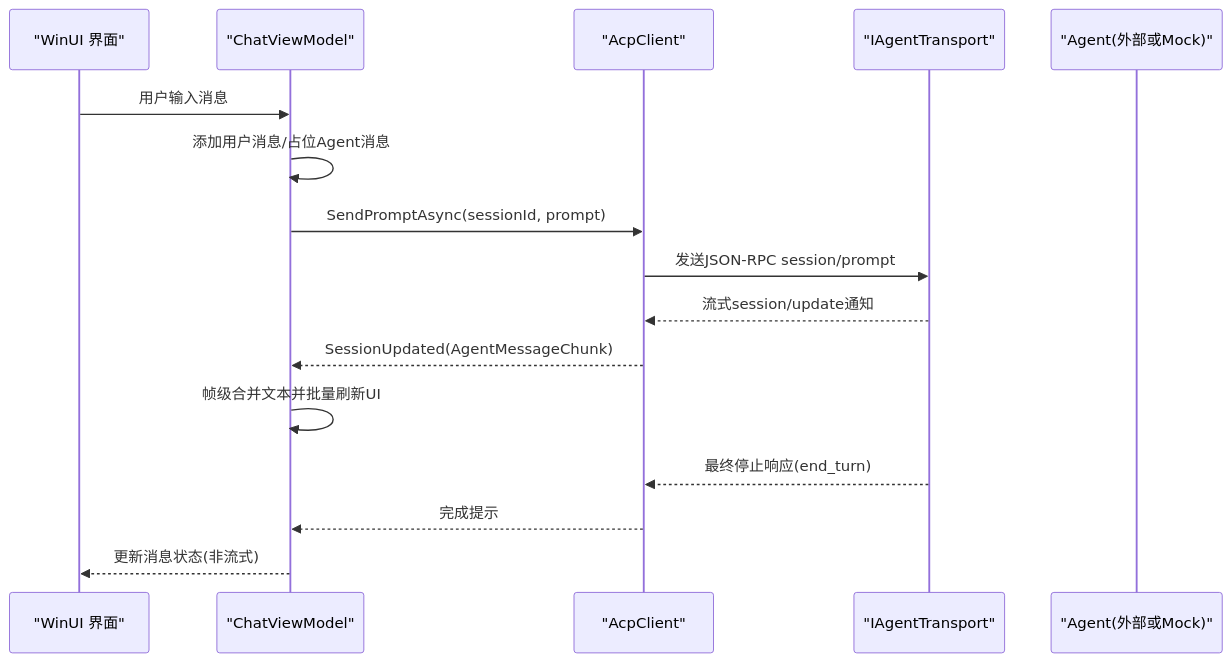
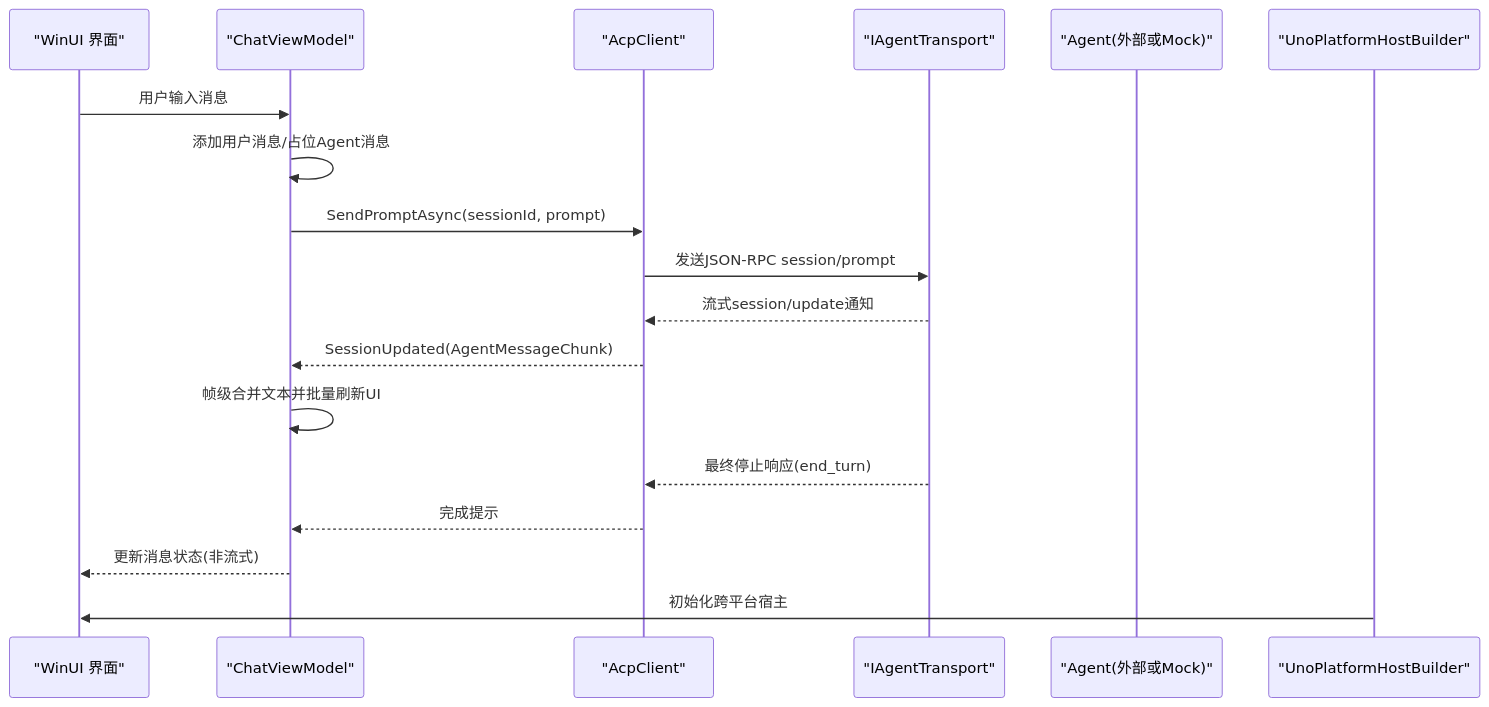
Before and after one commit to AgenticDesktop/App: the third of 9 diagrams in .qoder/repowiki/zh/content/项目概述.md, drawn with Mermaid. The commit also changed other lines of this file and 108 other files, not shown here.

````diff
--- a/.qoder/repowiki/zh/content/项目概述.md
+++ b/.qoder/repowiki/zh/content/项目概述.md
@@ -145,18 +231,20 @@
 ```mermaid
 sequenceDiagram
 participant UI as "WinUI 界面"
 participant VM as "ChatViewModel"
 participant ACPL as "AcpClient"
 participant TR as "IAgentTransport"
 participant AG as "Agent(外部或Mock)"
+participant HOST as "UnoPlatformHostBuilder"
 UI->>VM : 用户输入消息
 VM->>VM : 添加用户消息/占位Agent消息
 VM->>ACPL : SendPromptAsync(sessionId, prompt)
 ACPL->>TR : 发送JSON-RPC session/prompt
 TR-->>ACPL : 流式session/update通知
 ACPL-->>VM : SessionUpdated(AgentMessageChunk)
 VM->>VM : 帧级合并文本并批量刷新UI
 TR-->>ACPL : 最终停止响应(end_turn)
 ACPL-->>VM : 完成提示
 VM-->>UI : 更新消息状态(非流式)
+HOST->>UI : 初始化跨平台宿主
 ```
````
